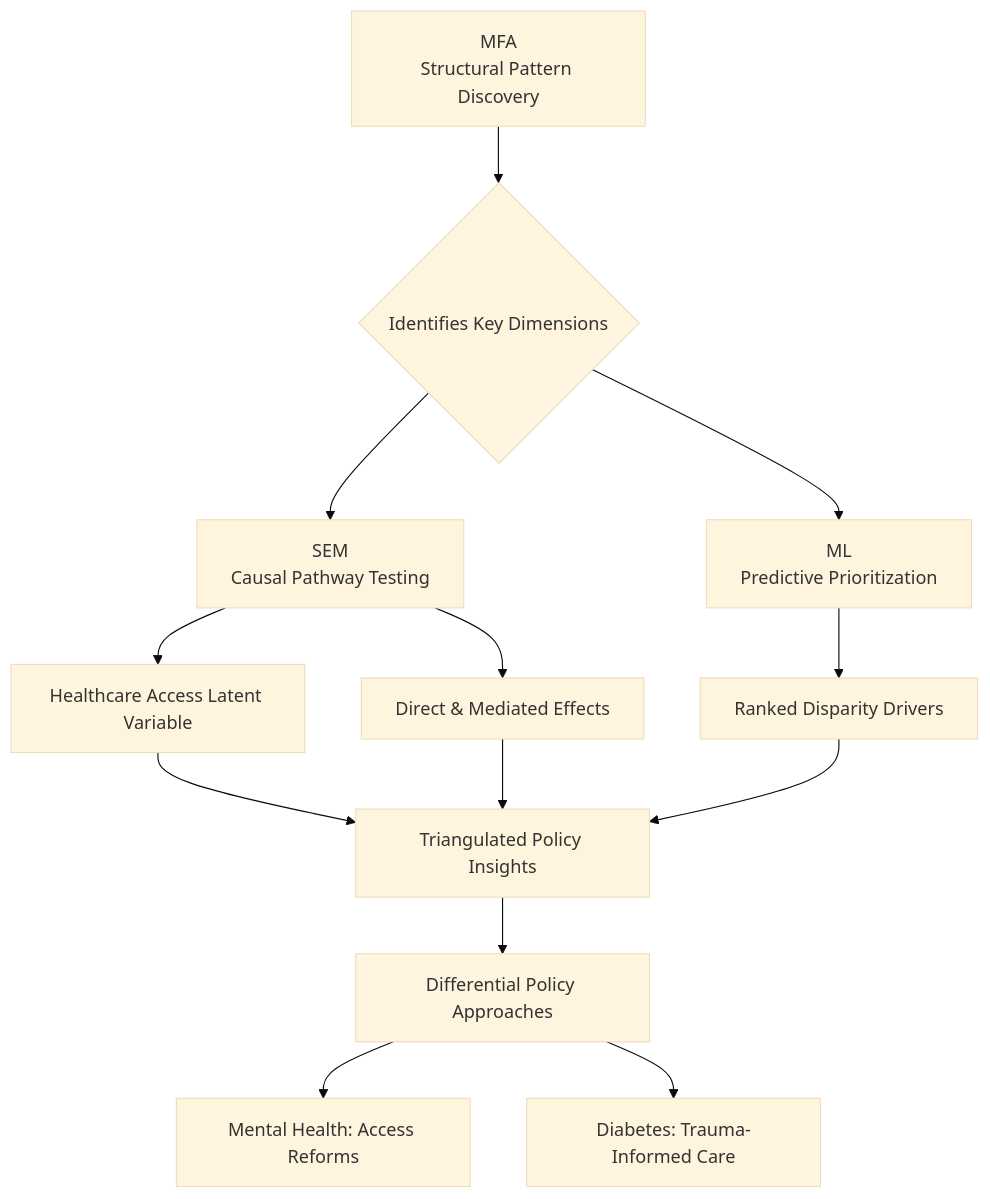
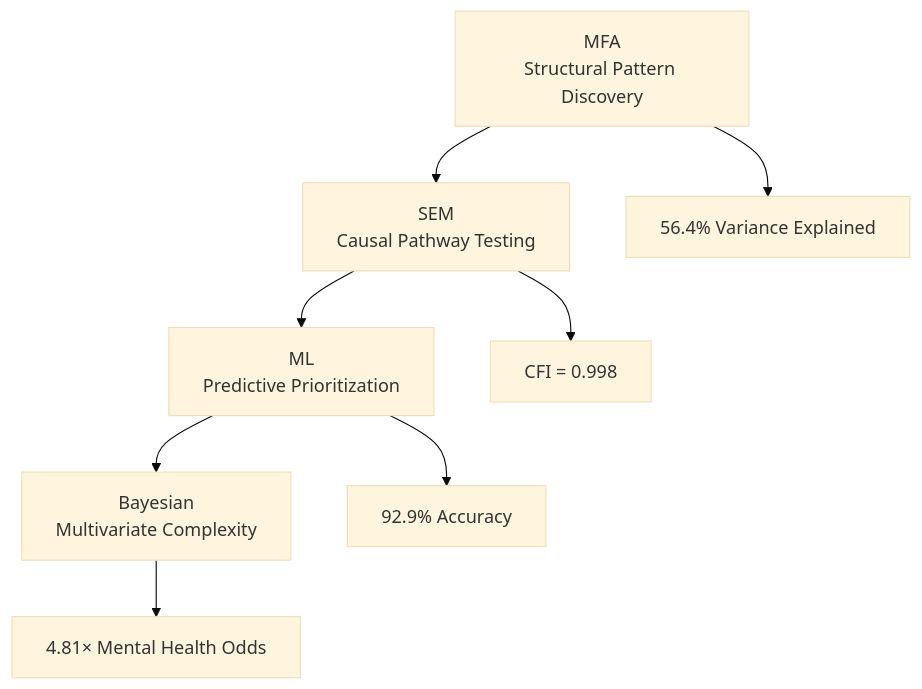
Before and after one commit to panpen-tim/indigenous-health-disparities-analysis: the diagram in README.md, drawn with Mermaid (base theme). The commit also changed other lines of this file, not shown here.

````diff
--- a/README.md
+++ b/README.md
@@ -43,13 +24,10 @@
 ```mermaid
 graph TD
-    A[MFA<br>Structural Pattern Discovery] --> B{Identifies Key Dimensions};
-    B --> C[SEM<br>Causal Pathway Testing];
-    C --> D[Healthcare Access Latent Variable];
-    B --> E[ML<br>Predictive Prioritization];
-    C --> F[Direct & Mediated Effects];
-    E --> G[Ranked Disparity Drivers];
-    D & F & G --> H[Triangulated Policy Insights];
-    H --> I[Differential Policy Approaches];
-    I --> J[Mental Health: Access Reforms];
-    I --> K[Diabetes: Trauma-Informed Care];
+    A[MFA<br>Structural Pattern Discovery] --> B[SEM<br>Causal Pathway Testing];
+    B --> C[ML<br>Predictive Prioritization];
+    C --> D[Bayesian<br>Multivariate Complexity];
+    A --> E[56.4% Variance Explained];
+    B --> F[CFI = 0.998];
+    C --> G[92.9% Accuracy];
+    D --> H[4.81× Mental Health Odds];
 ```
````
